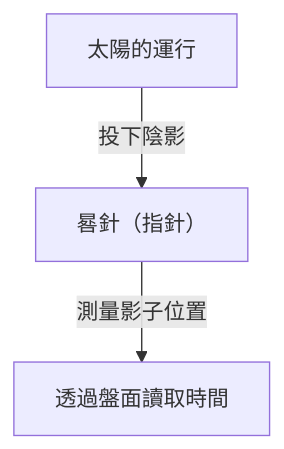
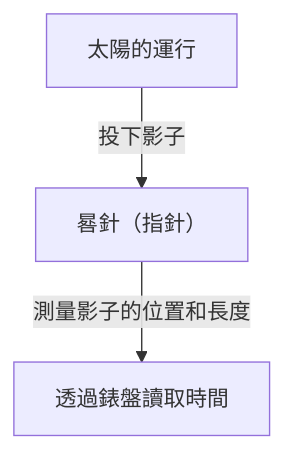
Before and after one commit to kenjinote/blog: the first of 3 diagrams in content/post/history-of-timekeeping-technology/index.zh-tw.md, drawn with Mermaid. The commit also changed other lines of this file and 129 other files, not shown here.

````diff
--- a/content/post/history-of-timekeeping-technology/index.zh-tw.md
+++ b/content/post/history-of-timekeeping-technology/index.zh-tw.md
@@ -19,5 +22,5 @@
 ```mermaid
 graph TD
-    A["太陽的運行"] -- "投下陰影" --> B["晷針（指針）"]
-    B -- "測量影子位置" --> C["透過盤面讀取時間"]
+    A["太陽的運行"] -- "投下影子" --> B["晷針（指針）"]
+    B -- "測量影子的位置和長度" --> C["透過錶盤讀取時間"]
 ```
````
